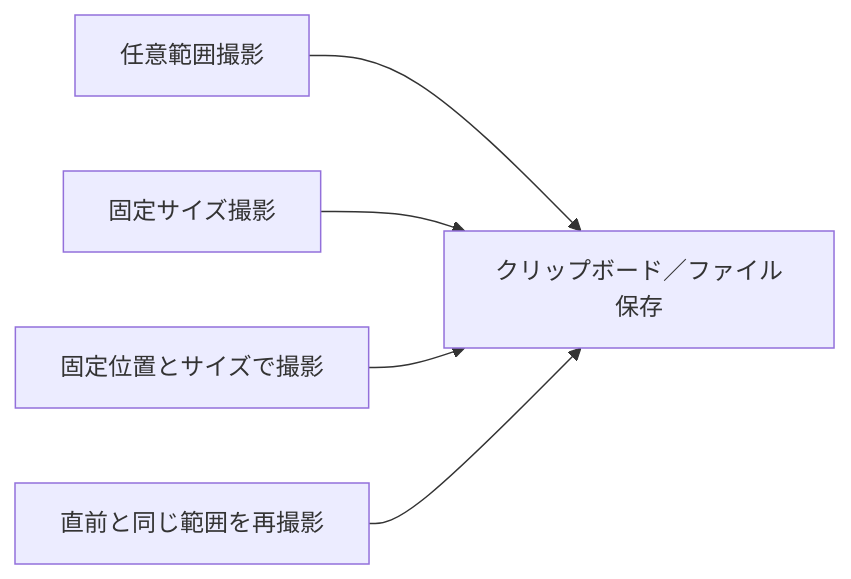
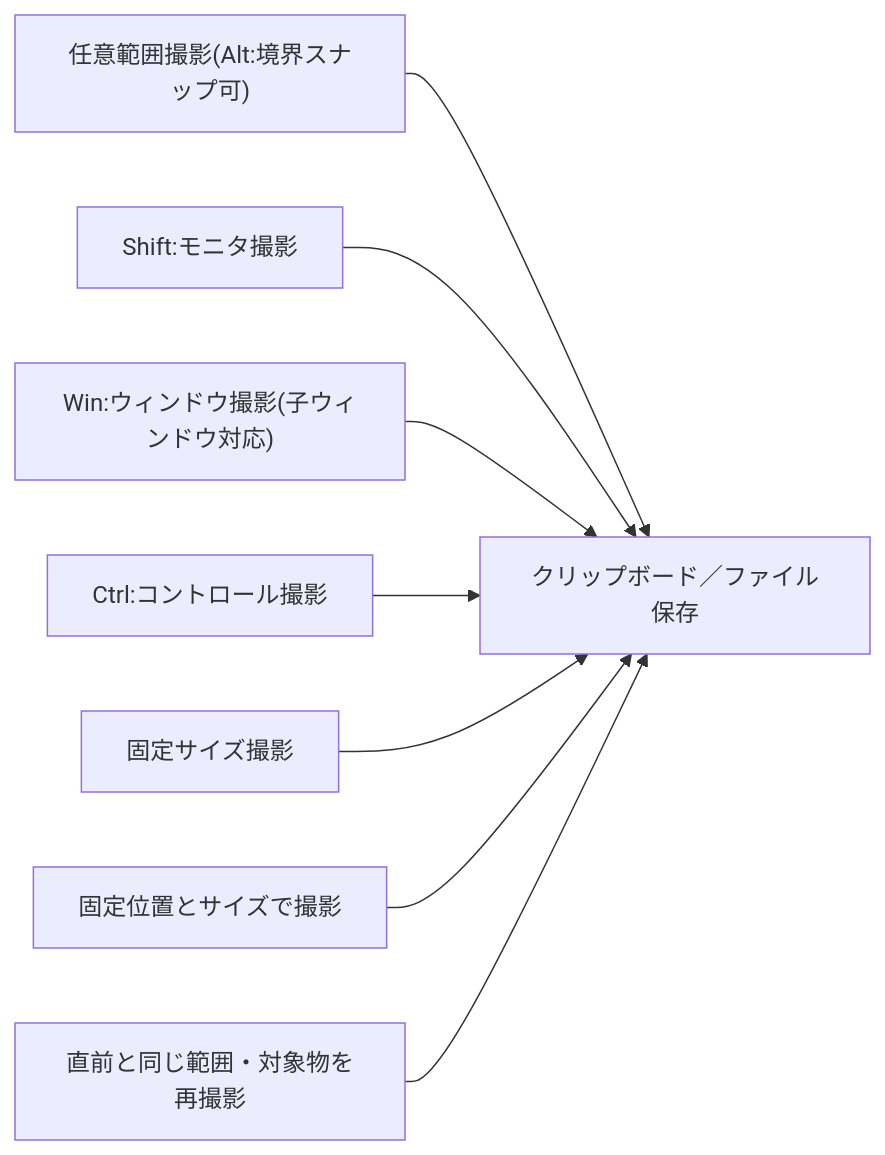
Before and after one commit to KotorinChunChun/SSCapture: the first of 3 diagrams in README.md, drawn with Mermaid. The commit also changed other lines of this file, not shown here.

Commit message:
Refine README for clarity and remove redundancy
Removed duplicate installation instruction and updated capture area description.

````diff
--- a/README.md
+++ b/README.md
@@ -15,7 +19,10 @@
 ```mermaid
 flowchart LR
-    area["任意範囲撮影"] --> output["クリップボード／ファイル保存"]
+    area["任意範囲撮影(Alt:境界スナップ可)"] --> output["クリップボード／ファイル保存"]
+    monitor["Shift:モニタ撮影"] --> output
+    window["Win:ウィンドウ撮影(子ウィンドウ対応)"] --> output
+    ctrl["Ctrl:コントロール撮影"] --> output
     size["固定サイズ撮影"] --> output
     position["固定位置とサイズで撮影"] --> output
-    repeat["直前と同じ範囲を再撮影"] --> output
+    repeat["直前と同じ範囲・対象物を再撮影"] --> output
 ```
````
